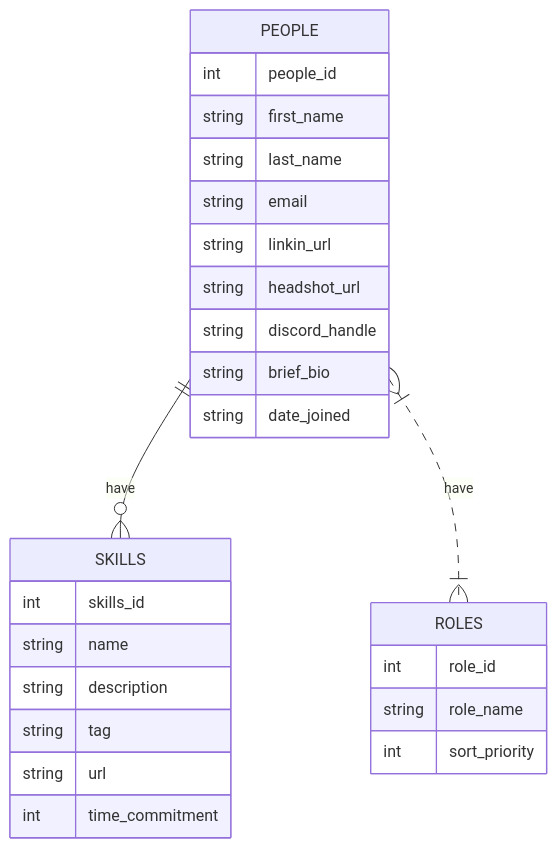
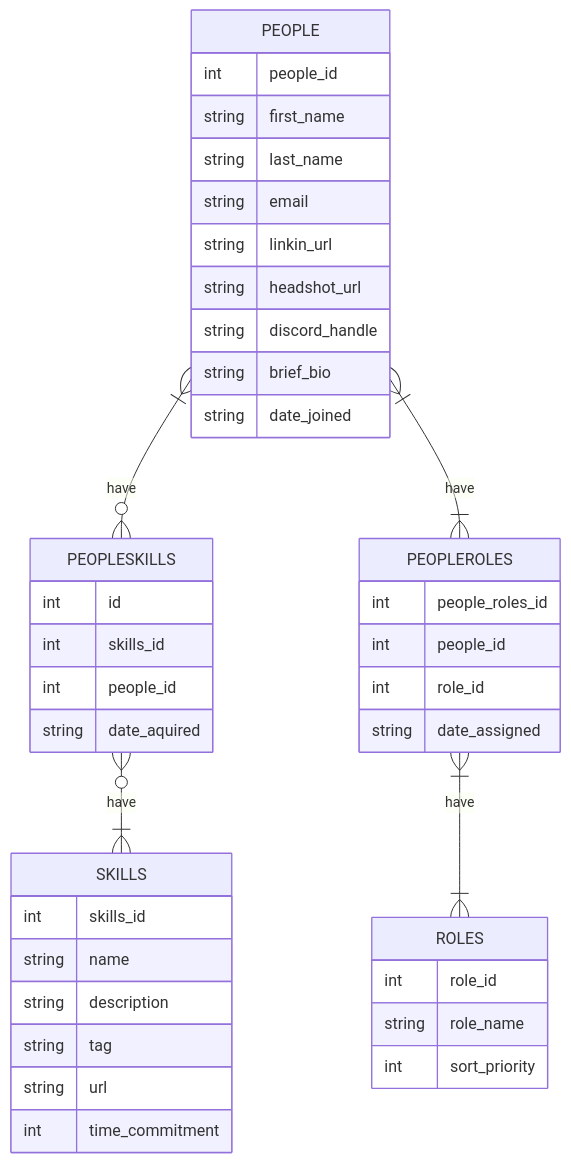
The diagram in hw7/hw7.qmd (cmsc-vcu/cmsc508-fa2023-hw7-MeganSoro), drawn with Mermaid before and after one commit. The commit also changed other lines of this file and 1 other file, not shown here.

````diff
--- a/hw7/hw7.qmd
+++ b/hw7/hw7.qmd
@@ -100,31 +99,45 @@
 ```{mermaid}
 %%| echo: false
 erDiagram
-    PEOPLE ||--o{ SKILLS : have
-    PEOPLE }|..|{ ROLES : have
+    PEOPLE }|--o{ PEOPLESKILLS : have
+    PEOPLESKILLS }o--|{ SKILLS : have
+    PEOPLE }|--|{ PEOPLEROLES : have
+    PEOPLEROLES }|--|{ ROLES : have
 
     PEOPLE{
         int people_id
         string first_name
         string last_name
         string email
         string linkin_url
         string headshot_url
         string discord_handle
         string brief_bio
         string date_joined
     }
     SKILLS {
         int skills_id
         string name 
         string description 
         string tag
         string url
         int time_commitment
     }
     ROLES{
         int role_id
         string role_name
         int sort_priority
     }
+    PEOPLESKILLS{
+        int id
+        int skills_id
+        int people_id
+        string date_aquired
+    }
+    PEOPLEROLES{
+        int people_roles_id
+        int people_id
+        int role_id
+        string date_assigned
+    }
 ```
````
